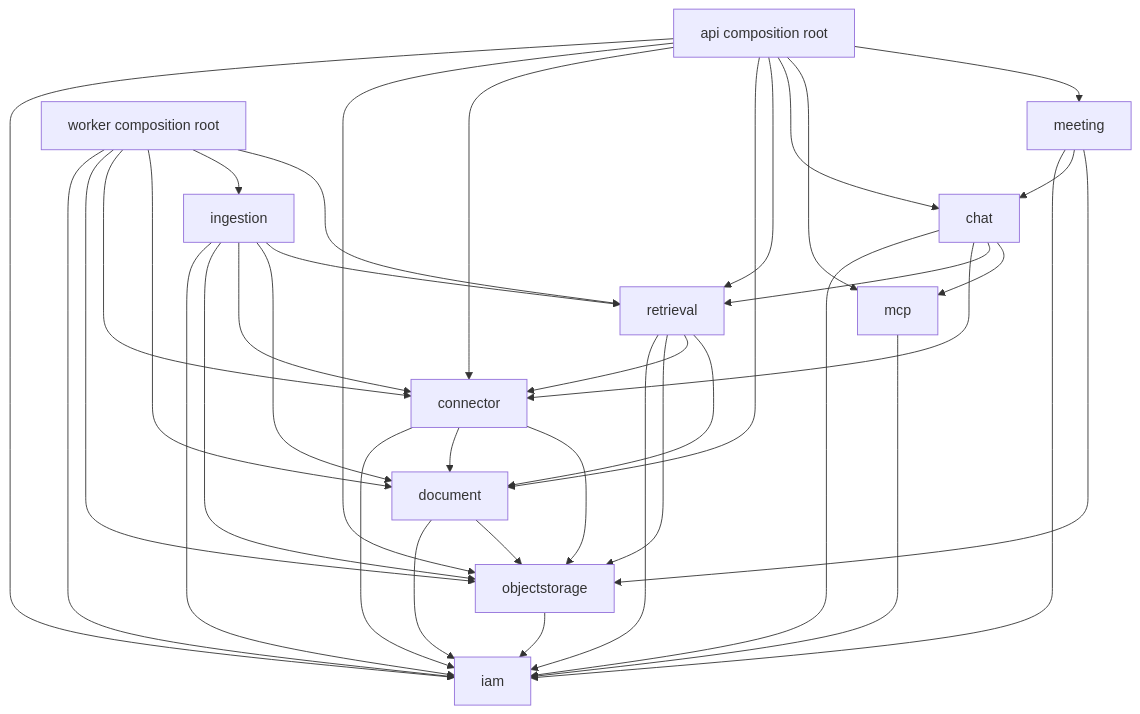
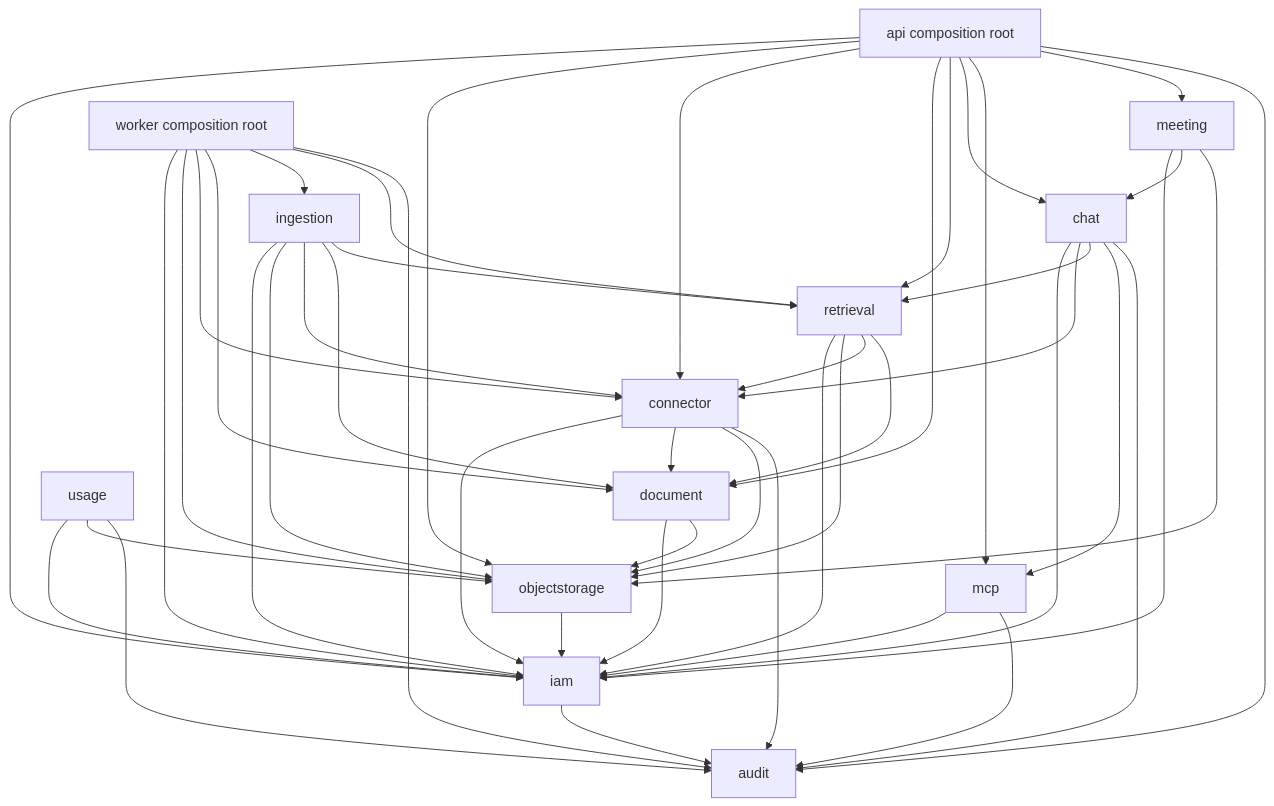
One commit to kl3inIT/MemoryOS changed the second of 6 diagrams in ARCHITECTURE.md. Above: the diagram before and after it, drawn with Mermaid. The commit also changed other lines of this file and 3 other files, not shown here.

First line of the commit message:
docs(audit): record audit as its own module below IAM

````diff
--- a/ARCHITECTURE.md
+++ b/ARCHITECTURE.md
@@ -50,51 +50,62 @@
 ```mermaid
 flowchart TB
     IAM[iam]
     OBJ[objectstorage]
     CON[connector]
     DOC[document]
     ING[ingestion]
     RET[retrieval]
     CHAT[chat]
     MCP[mcp]
     MEET[meeting]
+    USAGE[usage]
+    AUD[audit]
 
     MCP --> IAM
     OBJ --> IAM
     DOC --> IAM
     DOC --> OBJ
     CON --> IAM
     CON --> DOC
     CON --> OBJ
     ING --> IAM
     ING --> OBJ
     ING --> CON
     ING --> DOC
     ING --> RET
     RET --> IAM
     RET --> OBJ
     RET --> CON
     RET --> DOC
     CHAT --> IAM
     CHAT --> CON
     CHAT --> RET
     CHAT --> MCP
     MEET --> IAM
     MEET --> CHAT
     MEET --> OBJ
+    IAM --> AUD
+    CON --> AUD
+    CHAT --> AUD
+    MCP --> AUD
+    USAGE --> IAM
+    USAGE --> OBJ
+    USAGE --> AUD
 
     API[api composition root] --> IAM
     API --> OBJ
     API --> CON
     API --> DOC
     API --> RET
     API --> CHAT
     API --> MCP
     API --> MEET
+    API --> AUD
     WORKER[worker composition root] --> IAM
     WORKER --> OBJ
     WORKER --> CON
     WORKER --> DOC
     WORKER --> ING
     WORKER --> RET
+    WORKER --> AUD
 ```
````
